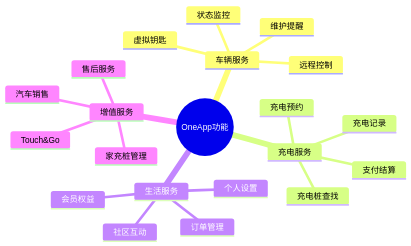
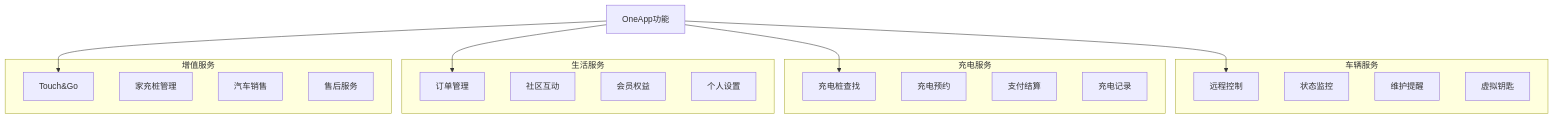
Before and after one commit to aichiko0225/oneapp_docs: diagram 19 of 19 in OneApp架构设计文档.md, drawn with Mermaid. The commit also changed other lines of this file and 1 other file, not shown here.

Commit message:
格式错误修复

````diff
--- a/OneApp架构设计文档.md
+++ b/OneApp架构设计文档.md
@@ -3683,24 +3693,37 @@
 ```mermaid
-mindmap
-  root((OneApp功能))
-    车辆服务
-      远程控制
-      状态监控
-      维护提醒
-      虚拟钥匙
-    充电服务
-      充电桩查找
-      充电预约
-      支付结算
-      充电记录
-    生活服务
-      订单管理
-      社区互动
-      会员权益
-      个人设置
-    增值服务
-      Touch&Go
-      家充桩管理
-      汽车销售
-      售后服务
+graph TB
+    OneApp[OneApp功能]
+    
+    subgraph "车辆服务"
+        A1[远程控制]
+        A2[状态监控]
+        A3[维护提醒]
+        A4[虚拟钥匙]
+    end
+    
+    subgraph "充电服务"
+        B1[充电桩查找]
+        B2[充电预约]
+        B3[支付结算]
+        B4[充电记录]
+    end
+    
+    subgraph "生活服务"
+        C1[订单管理]
+        C2[社区互动]
+        C3[会员权益]
+        C4[个人设置]
+    end
+    
+    subgraph "增值服务"
+        D1[Touch&Go]
+        D2[家充桩管理]
+        D3[汽车销售]
+        D4[售后服务]
+    end
+    
+    OneApp --> A1
+    OneApp --> B1
+    OneApp --> C1
+    OneApp --> D1
 ```
````
